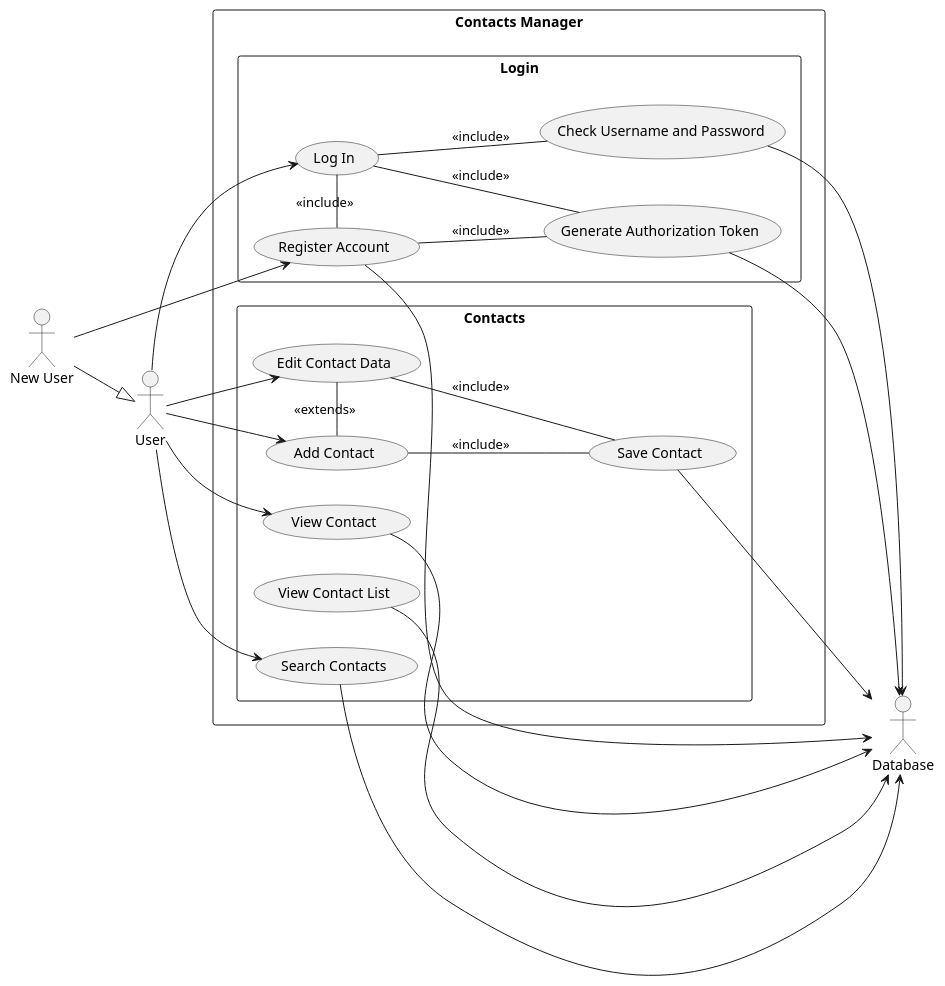
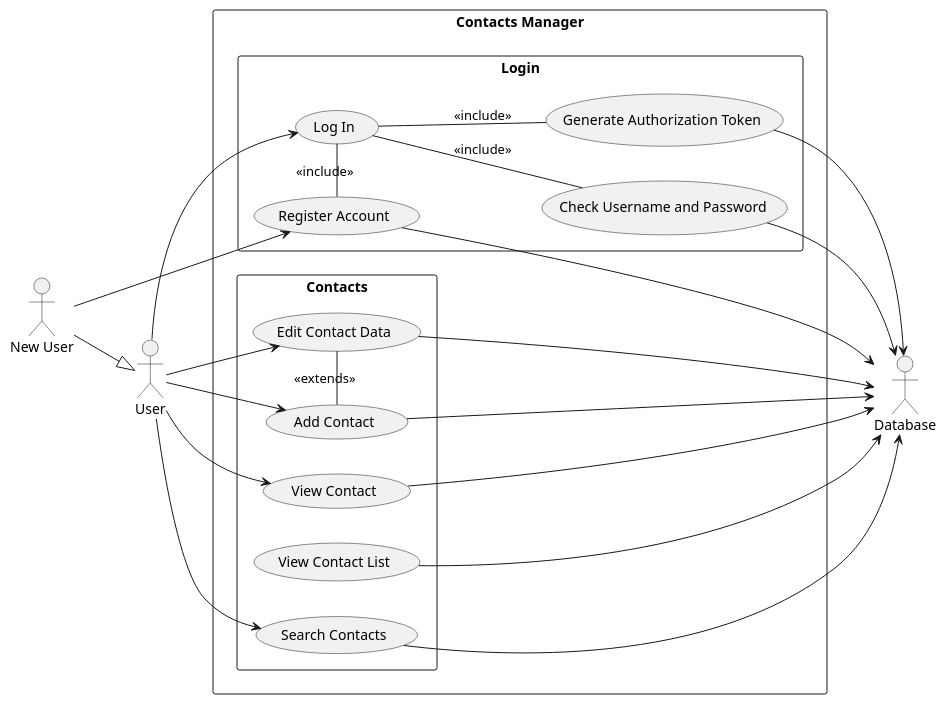
One commit to ethandrzb/ContactManager changed the diagram in uml/usecase.puml. Above: the diagram before and after it, drawn with PlantUML.

Commit message:
Adjust usecase diagram to more accurately represent API calls

```diff
--- a/uml/usecase.puml
+++ b/uml/usecase.puml
@@ -1,61 +1,57 @@
 @startuml
 left to right direction
 
 :User:
 :New User:
 :Database:
 
 
 :New User: --|> :User:
 
 Rectangle "Contacts Manager" {
     Rectangle Login {
         (Register Account)
         (Log In)
 
         (Generate Authorization Token)
         (Check Username and Password)
     }
 
     Rectangle Contacts {
         (Add Contact)
         (View Contact)
         (View Contact List)
         (Edit Contact Data)
         (Search Contacts)
-
-        (Save Contact)
     }
 }
 
 (Add Contact) - (Edit Contact Data) : <<extends>>
 (Register Account) - (Log In) : <<include>>
 
 ' Logged in user relations
 :User: --> (Add Contact)
 :User: --> (View Contact)
 :User: --> (Edit Contact Data)
 :User: --> (Search Contacts)
 
 ' Register and login user relations
 :New User: --> (Register Account)
 :User: --> (Log In)
 
 ' Register backend/database relations
 (Register Account) --> :Database:
-(Register Account) -- (Generate Authorization Token) : <<include>>
 (Log In) -- (Check Username and Password) : <<include>>
 (Log In) -- (Generate Authorization Token) : <<include>>
 (Check Username and Password) --> :Database:
 (Generate Authorization Token) --> :Database:
 
 ' Contacts Database Relations
-(Save Contact) -- (Add Contact) : <<include>>
+(Add Contact) --> :Database:
 (Search Contacts) --> :Database:
 (View Contact) --> :Database:
 (View Contact List) --> :Database:
 
-(Edit Contact Data) -- (Save Contact) : <<include>>
-(Save Contact) --> :Database:
+(Edit Contact Data) --> :Database:
 
 @enduml
```
